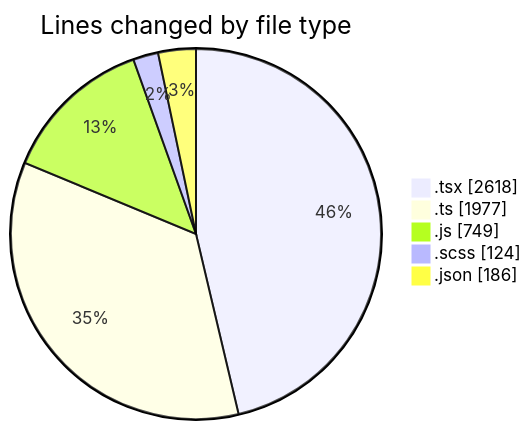
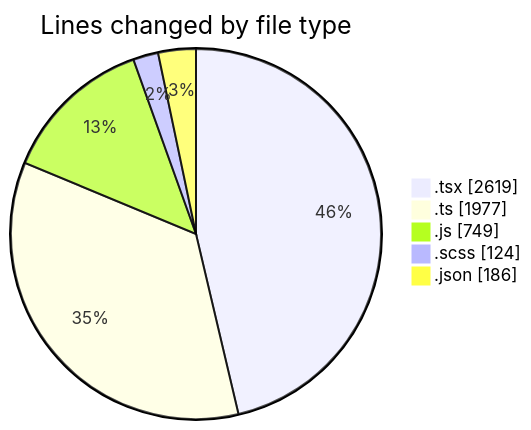
The first of 2 diagrams in 2026-06-11/cda/README.md (momahboobian/code-tracking), drawn with Mermaid before and after one commit. The commit also changed other lines of this file and 1 other file, not shown here.

````diff
--- a/2026-06-11/cda/README.md
+++ b/2026-06-11/cda/README.md
@@ -54,9 +54,9 @@
 ```mermaid
 pie showData
 title Lines changed by file type
-".tsx" : 2618
+".tsx" : 2619
 ".ts" : 1977
 ".js" : 749
 ".scss" : 124
 ".json" : 186
 ```
````
